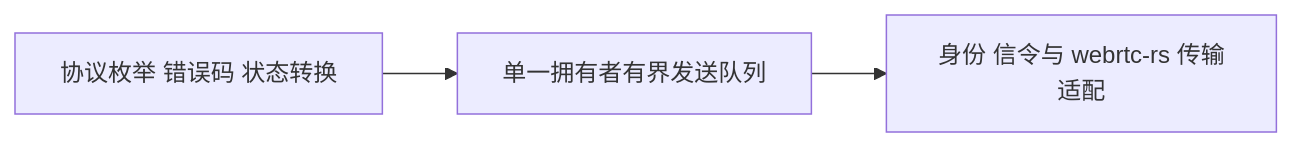
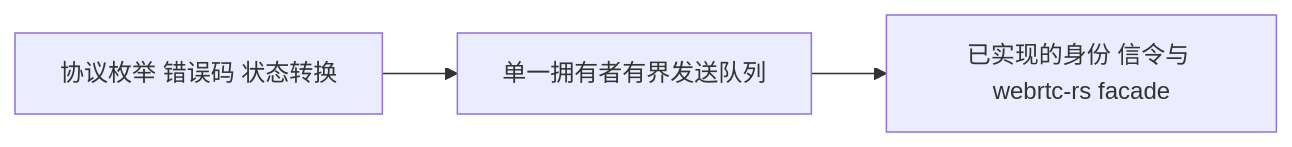
One commit to barry-ran/peerloom changed the diagram in docs/SDK基础模块.md. Above: the diagram before and after it, drawn with Mermaid. The commit also changed other lines of this file and 12 other files, not shown here.

````diff
--- a/docs/SDK基础模块.md
+++ b/docs/SDK基础模块.md
@@ -5,5 +5,5 @@
 ```mermaid
 flowchart LR
     Protocol[协议枚举 错误码 状态转换] --> Core[单一拥有者有界发送队列]
-    Core --> Future[身份 信令与 webrtc-rs 传输适配]
+    Core --> Facade[已实现的身份 信令与 webrtc-rs facade]
 ```
````
